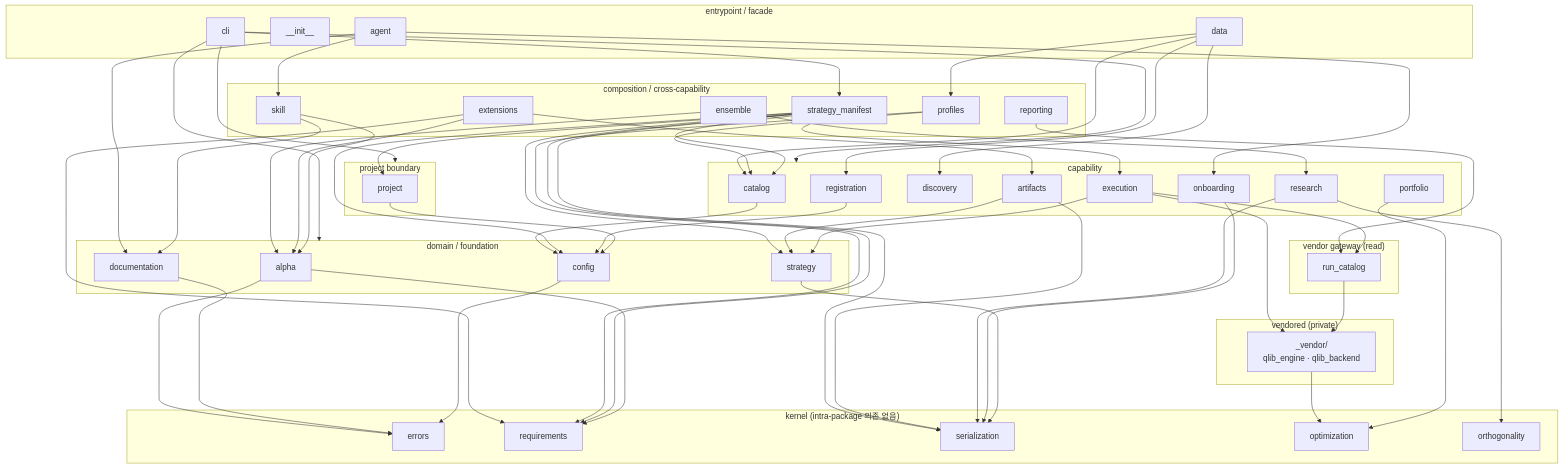
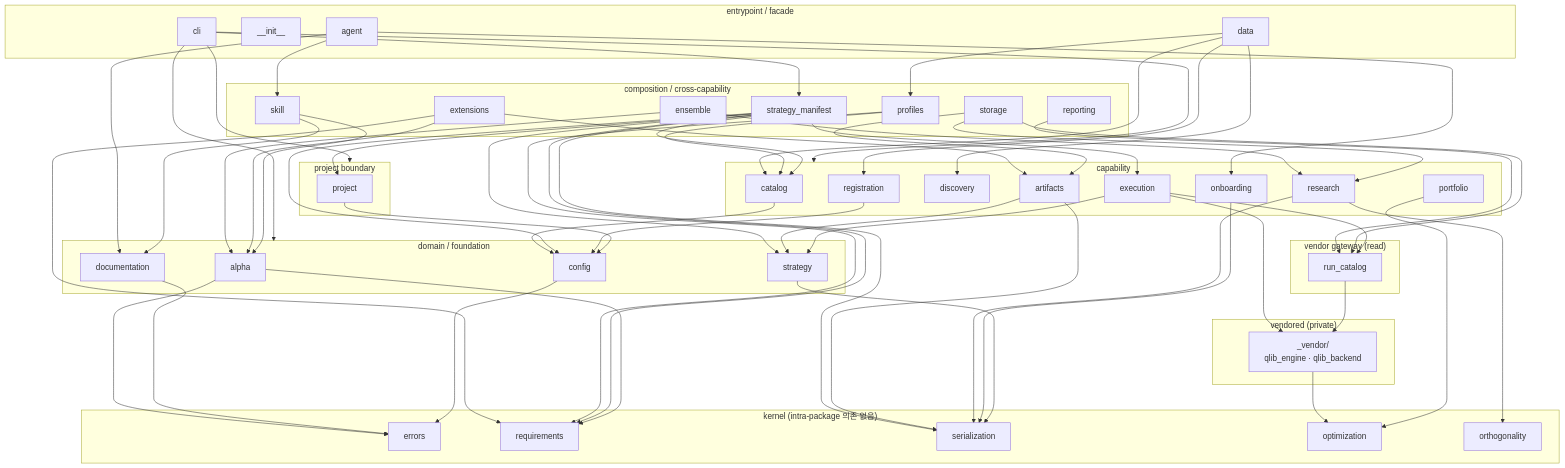
The second of 15 diagrams in docs/qlibx-architecture.md (jaepil-choi/qlibx), drawn with Mermaid before and after one commit. The commit also changed other lines of this file, not shown here.

First line of the commit message:
Bring the architecture doc back to as-is

```diff
--- a/docs/qlibx-architecture.md
+++ b/docs/qlibx-architecture.md
@@ -98,6 +98,7 @@
         skill["skill"]
         profiles["profiles"]
         sm["strategy_manifest"]
+        storage["storage"]
     end
 
     subgraph L3["capability"]
@@ -158,6 +159,9 @@
     extensions --> requirements
     skill --> alpha
     skill --> documentation
+    storage --> artifacts
+    storage --> research
+    storage --> runcat
 
     catalog --> config
     profiles --> catalog
```
